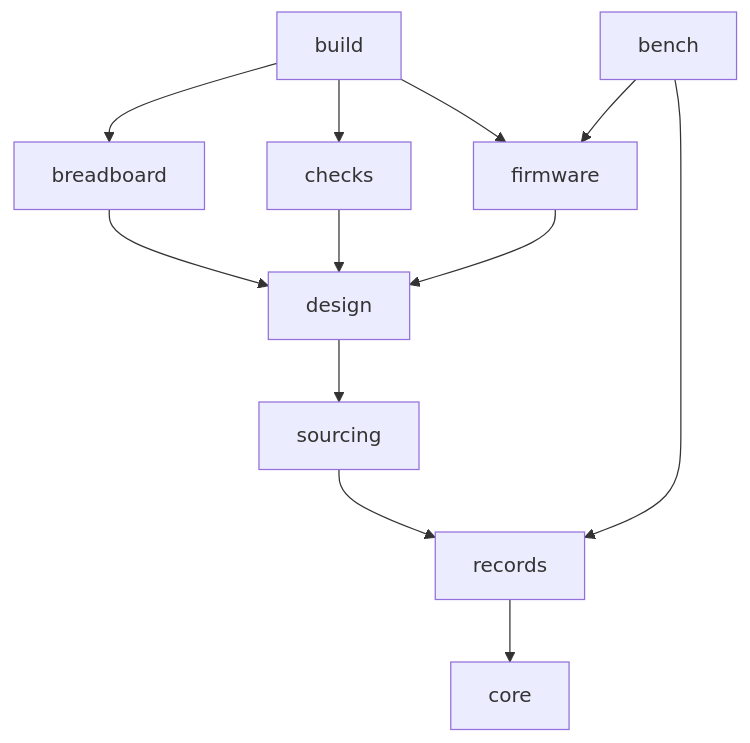
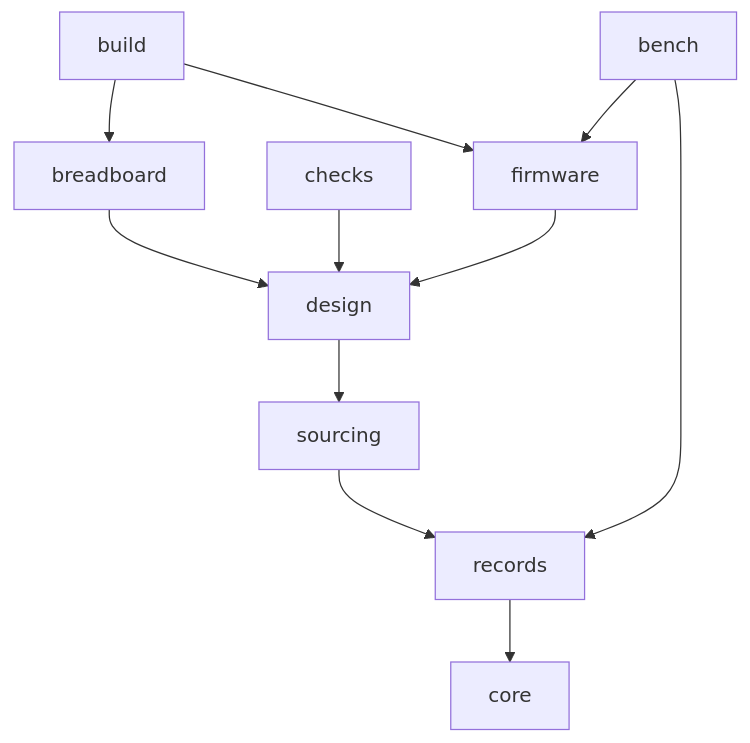
Before and after one commit to xmejkal/spark: the second of 3 diagrams in docs/discovery/2026-10-19-p323-target-architecture/architecture/README.md, drawn with Mermaid. The commit also changed 2 other files, not shown here.

Commit message:
P323 round 4 synthesis: bench and build areas

````diff
--- a/docs/discovery/2026-10-19-p323-target-architecture/architecture/README.md
+++ b/docs/discovery/2026-10-19-p323-target-architecture/architecture/README.md
@@ -65,14 +65,13 @@
 ```mermaid
 flowchart TB
   BUILD["build"] --> BB["breadboard"]
   BUILD --> FW["firmware"]
-  BUILD --> CHK["checks"]
   BENCH["bench"] --> FW
   BB --> DES["design"]
-  CHK --> DES
+  CHK["checks"] --> DES
   FW --> DES
   DES --> SRC["sourcing"]
   SRC --> REC["records"]
   BENCH --> REC
   REC --> CORE["core"]
 ```
````
